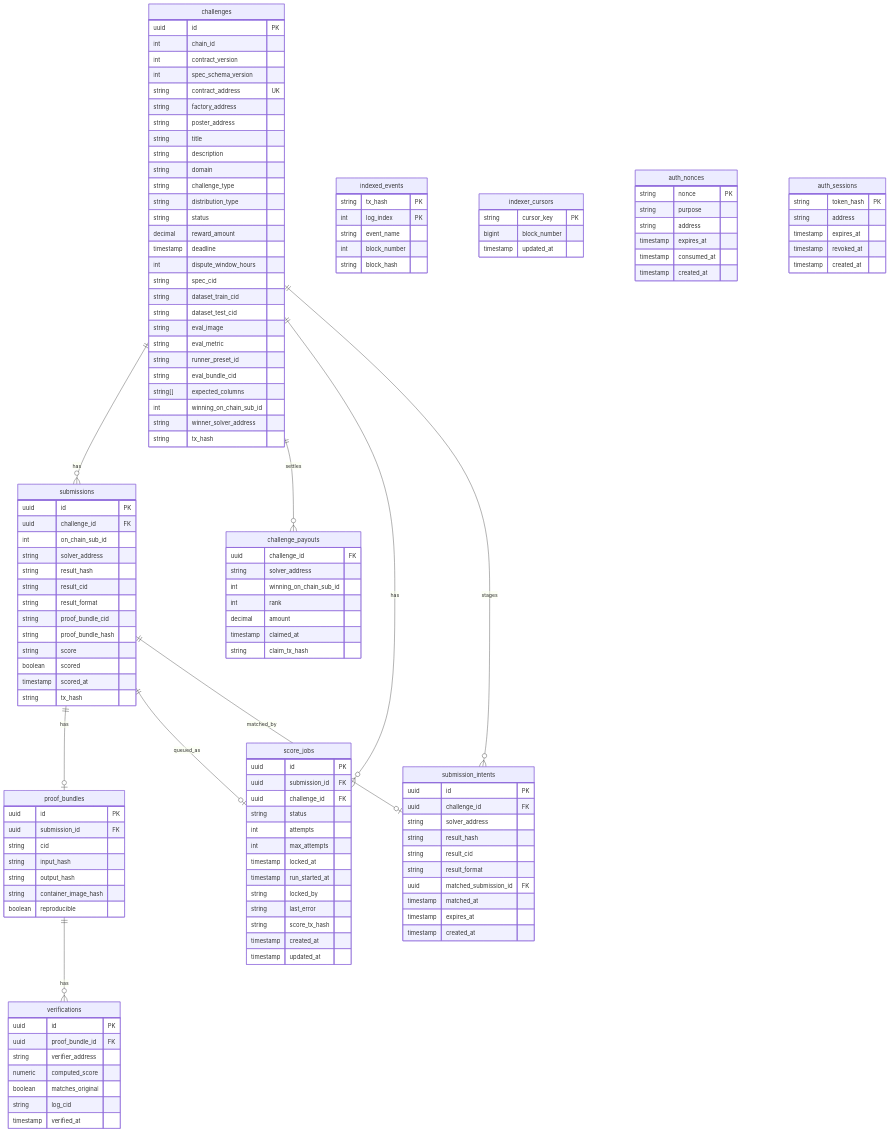
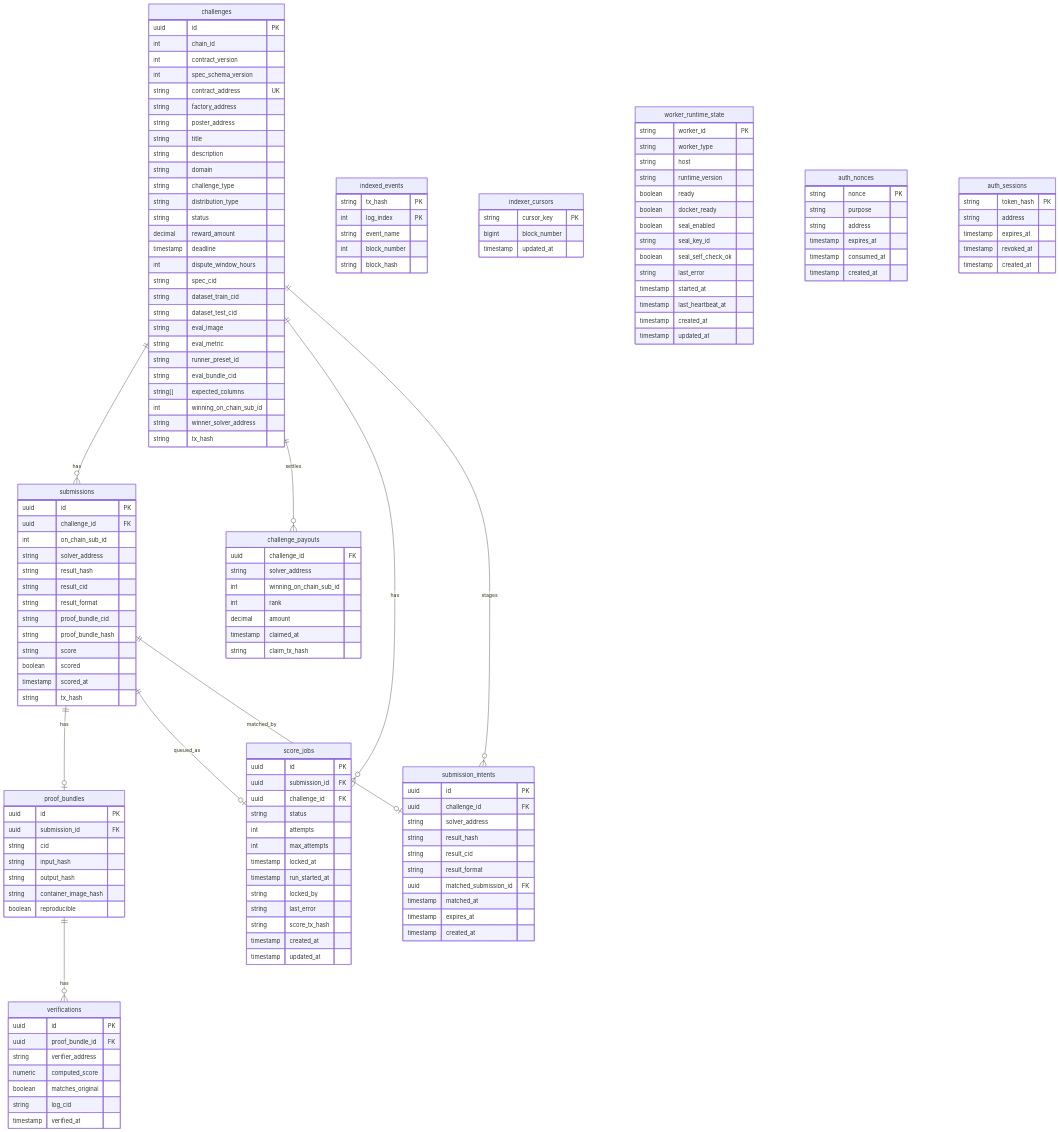
Before and after one commit to andymolecule/Hermes: the first of 2 diagrams in docs/data-and-indexing.md, drawn with Mermaid. The commit also changed other lines of this file and 25 other files, not shown here.

Commit message:
fix(worker): harden scoring runtime and recovery

```diff
--- a/docs/data-and-indexing.md
+++ b/docs/data-and-indexing.md
@@ -169,6 +169,23 @@
         timestamp updated_at
     }
 
+    worker_runtime_state {
+        string worker_id PK
+        string worker_type
+        string host
+        string runtime_version
+        boolean ready
+        boolean docker_ready
+        boolean seal_enabled
+        string seal_key_id
+        boolean seal_self_check_ok
+        string last_error
+        timestamp started_at
+        timestamp last_heartbeat_at
+        timestamp created_at
+        timestamp updated_at
+    }
+
     submission_intents {
         uuid id PK
         uuid challenge_id FK
```
